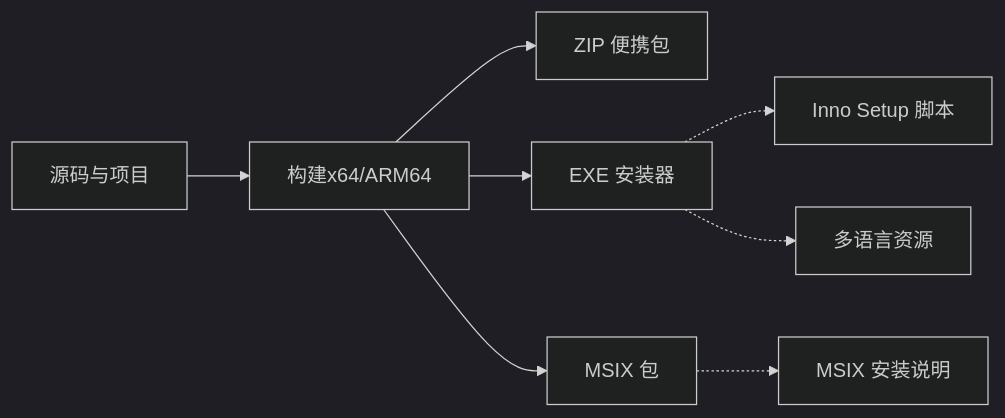
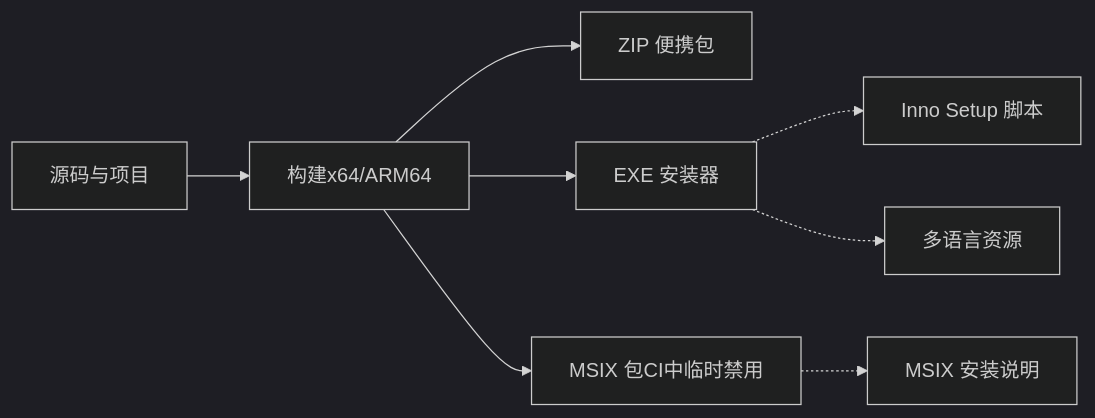
One commit to terwer/autojs6-dev-tools changed the fifth of 7 diagrams in .qoder/repowiki/zh/content/贡献指南/代码贡献规范/开发流程与代码审查/持续集成与部署.md. Above: the diagram before and after it, drawn with Mermaid (dark theme). The commit also changed other lines of this file and 3 other files, not shown here.

````diff
--- a/.qoder/repowiki/zh/content/贡献指南/代码贡献规范/开发流程与代码审查/持续集成与部署.md
+++ b/.qoder/repowiki/zh/content/贡献指南/代码贡献规范/开发流程与代码审查/持续集成与部署.md
@@ -236,10 +242,10 @@
 ```mermaid
 graph LR
 SRC["源码与项目"] --> BUILD["构建x64/ARM64"]
 BUILD --> ZIP["ZIP 便携包"]
 BUILD --> EXE["EXE 安装器"]
-BUILD --> MSIX["MSIX 包"]
+BUILD --> MSIX["MSIX 包CI中临时禁用"]
 EXE -.-> ISS["Inno Setup 脚本"]
 MSIX -.-> MSIX_MD["MSIX 安装说明"]
 EXE -.-> ISL["多语言资源"]
 ```
````
